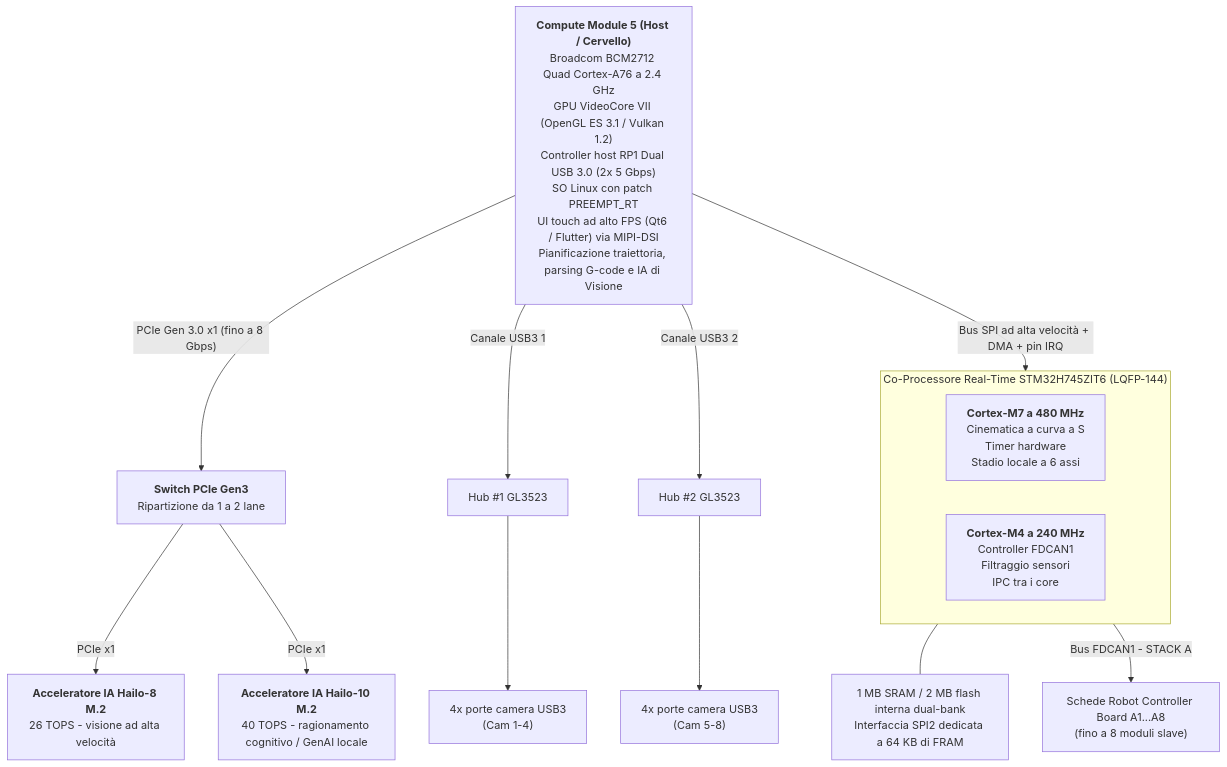
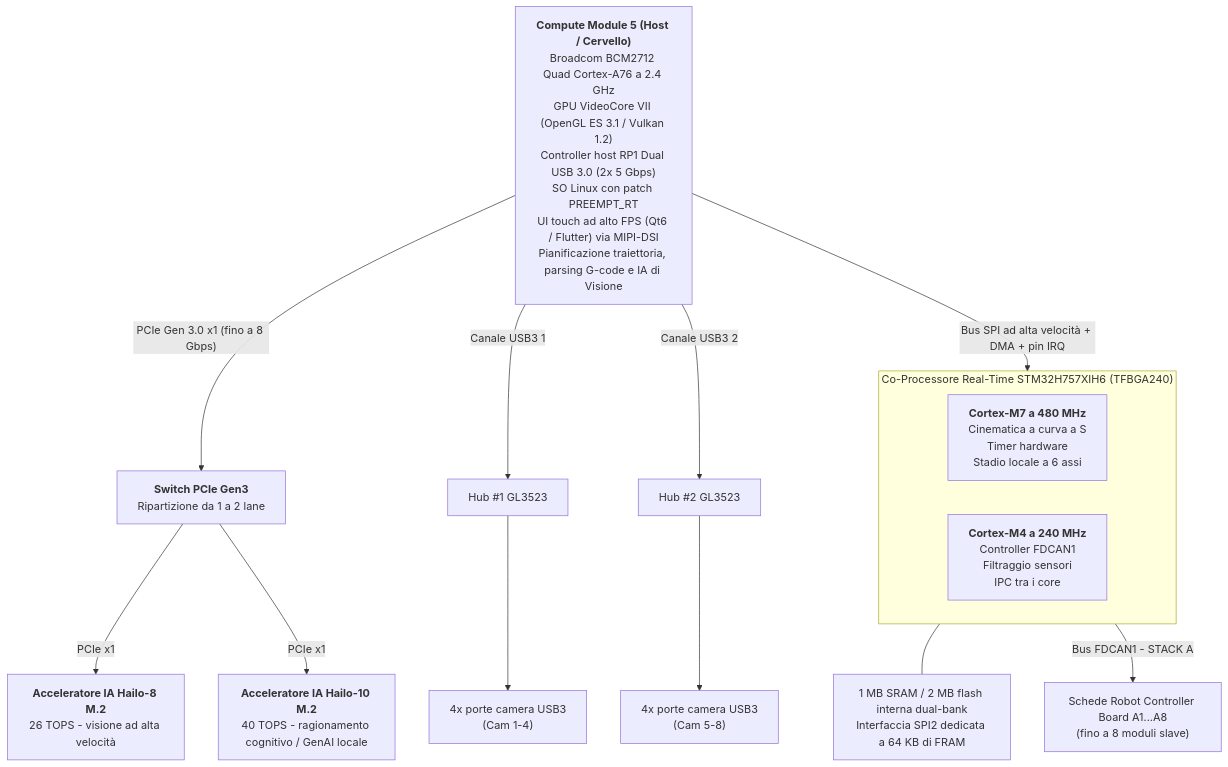
The first of 3 diagrams in README_ita.md (JuanenRac/HYDRA-UMC), drawn with Mermaid before and after one commit. The commit also changed other lines of this file and 41 other files, not shown here.

````diff
--- a/README_ita.md
+++ b/README_ita.md
@@ -89,24 +91,24 @@
 ```mermaid
 flowchart TB
     CM5["<b>Compute Module 5 (Host / Cervello)</b><br/>Broadcom BCM2712 Quad Cortex-A76 a 2.4 GHz<br/>GPU VideoCore VII (OpenGL ES 3.1 / Vulkan 1.2)<br/>Controller host RP1 Dual USB 3.0 (2x 5 Gbps)<br/>SO Linux con patch PREEMPT_RT<br/>UI touch ad alto FPS (Qt6 / Flutter) via MIPI-DSI<br/>Pianificazione traiettoria, parsing G-code e IA di Visione"]
 
     CM5 -- "PCIe Gen 3.0 x1 (fino a 8 Gbps)" --> PCIESW["<b>Switch PCIe Gen3</b><br/>Ripartizione da 1 a 2 lane"]
     PCIESW -- "PCIe x1" --> HAILO8["<b>Acceleratore IA Hailo-8 M.2</b><br/>26 TOPS - visione ad alta velocità"]
     PCIESW -- "PCIe x1" --> HAILO10["<b>Acceleratore IA Hailo-10 M.2</b><br/>40 TOPS - ragionamento cognitivo / GenAI locale"]
     CM5 -- "Canale USB3 1" --> HUB1["Hub #1 GL3523"]
     CM5 -- "Canale USB3 2" --> HUB2["Hub #2 GL3523"]
     HUB1 --> CAM14["4x porte camera USB3<br/>(Cam 1-4)"]
     HUB2 --> CAM58["4x porte camera USB3<br/>(Cam 5-8)"]
 
     CM5 -- "Bus SPI ad alta velocità + DMA + pin IRQ" --> MCU
 
-    subgraph MCU["Co-Processore Real-Time STM32H745ZIT6 (LQFP-144)"]
+    subgraph MCU["Co-Processore Real-Time STM32H757XIH6 (TFBGA240)"]
         direction LR
         CM7["<b>Cortex-M7 a 480 MHz</b><br/>Cinematica a curva a S<br/>Timer hardware<br/>Stadio locale a 6 assi"]
         CM4["<b>Cortex-M4 a 240 MHz</b><br/>Controller FDCAN1<br/>Filtraggio sensori<br/>IPC tra i core"]
     end
     MEM["1 MB SRAM / 2 MB flash interna dual-bank<br/>Interfaccia SPI2 dedicata a 64 KB di FRAM"]
     MCU --- MEM
 
     MCU -- "Bus FDCAN1 - STACK A" --> ROBOTS["Schede Robot Controller Board A1...A8<br/>(fino a 8 moduli slave)"]
 ```
````
